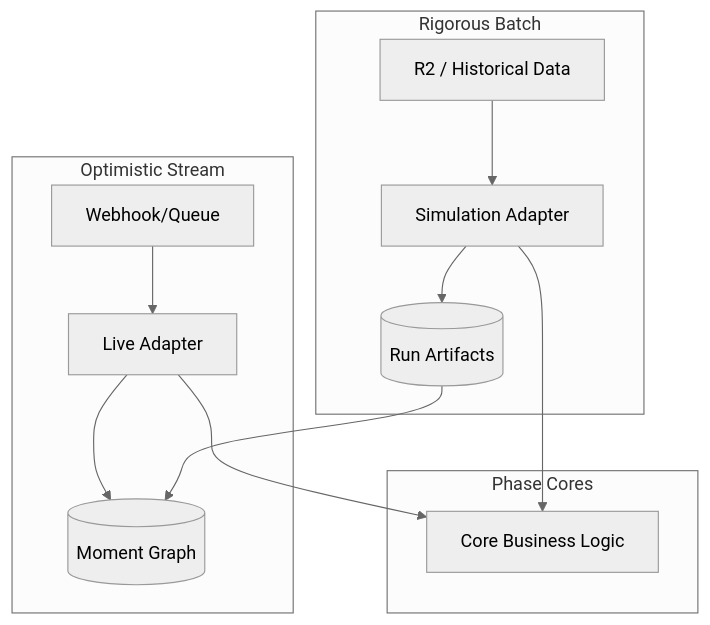
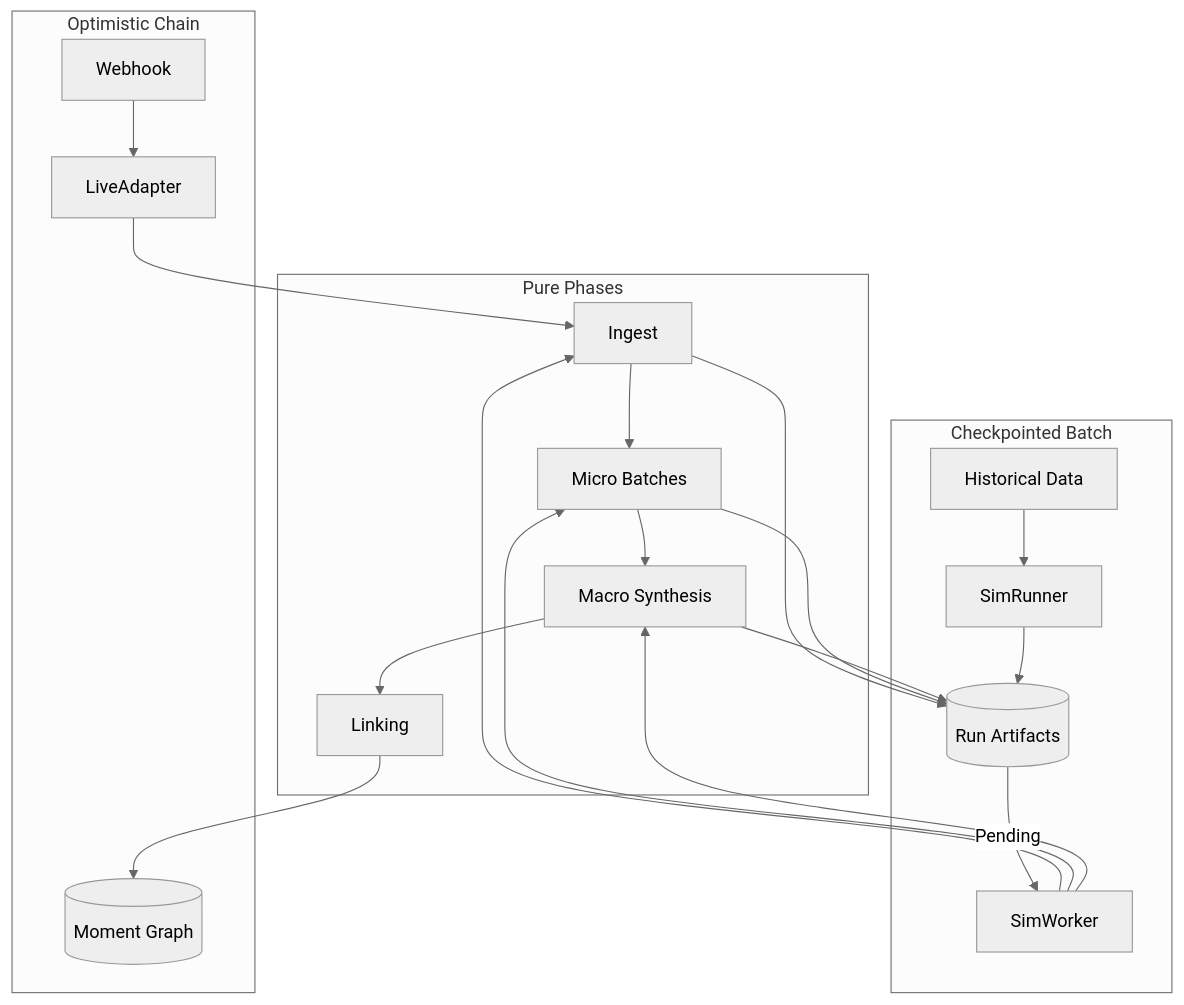
Before and after one commit to redwoodjs/agent-ci: the diagram in docs/blueprints/system-overview.md, drawn with Mermaid (neutral theme). The commit also changed other lines of this file and 1 other file, not shown here.

Commit message:
Update simulation engine documentation to reflect unified pipeline architecture and phase core pattern.

````diff
--- a/docs/blueprints/system-overview.md
+++ b/docs/blueprints/system-overview.md
@@ -17,19 +16,24 @@
 ```mermaid
 graph TD
-    subgraph Shared Logic [Phase Cores]
-        Core[Core Business Logic]
+    subgraph Shared Logic [Pure Phases]
+        Ingest[Ingest]
+        Micro[Micro Batches]
+        Macro[Macro Synthesis]
+        Link[Linking]
     end
 
-    subgraph Live Pipeline [Optimistic Stream]
-        Webhook[Webhook/Queue] --> LiveAdapter[Live Adapter]
-        LiveAdapter --> Core
-        LiveAdapter --> DB[(Moment Graph)]
+    subgraph Live Pipeline [Optimistic Chain]
+        Webhook[Webhook] --> LiveAdapter
+        LiveAdapter --> Ingest --> Micro --> Macro --> Link
+        Link --> DB[(Moment Graph)]
     end
 
-    subgraph Simulation Pipeline [Rigorous Batch]
-        R2[R2 / Historical Data] --> SimAdapter[Simulation Adapter]
-        SimAdapter --> Core
-        SimAdapter --> Artifacts[(Run Artifacts)]
-        Artifacts --> DB
+    subgraph Simulation Pipeline [Checkpointed Batch]
+        R2[Historical Data] --> SimRunner
+        SimRunner --> Artifacts[(Run Artifacts)]
+        Artifacts -- "Pending" --> SimWorker
+        SimWorker --> Ingest --> Artifacts
+        SimWorker --> Micro --> Artifacts
+        SimWorker --> Macro --> Artifacts
     end
 ```
````
